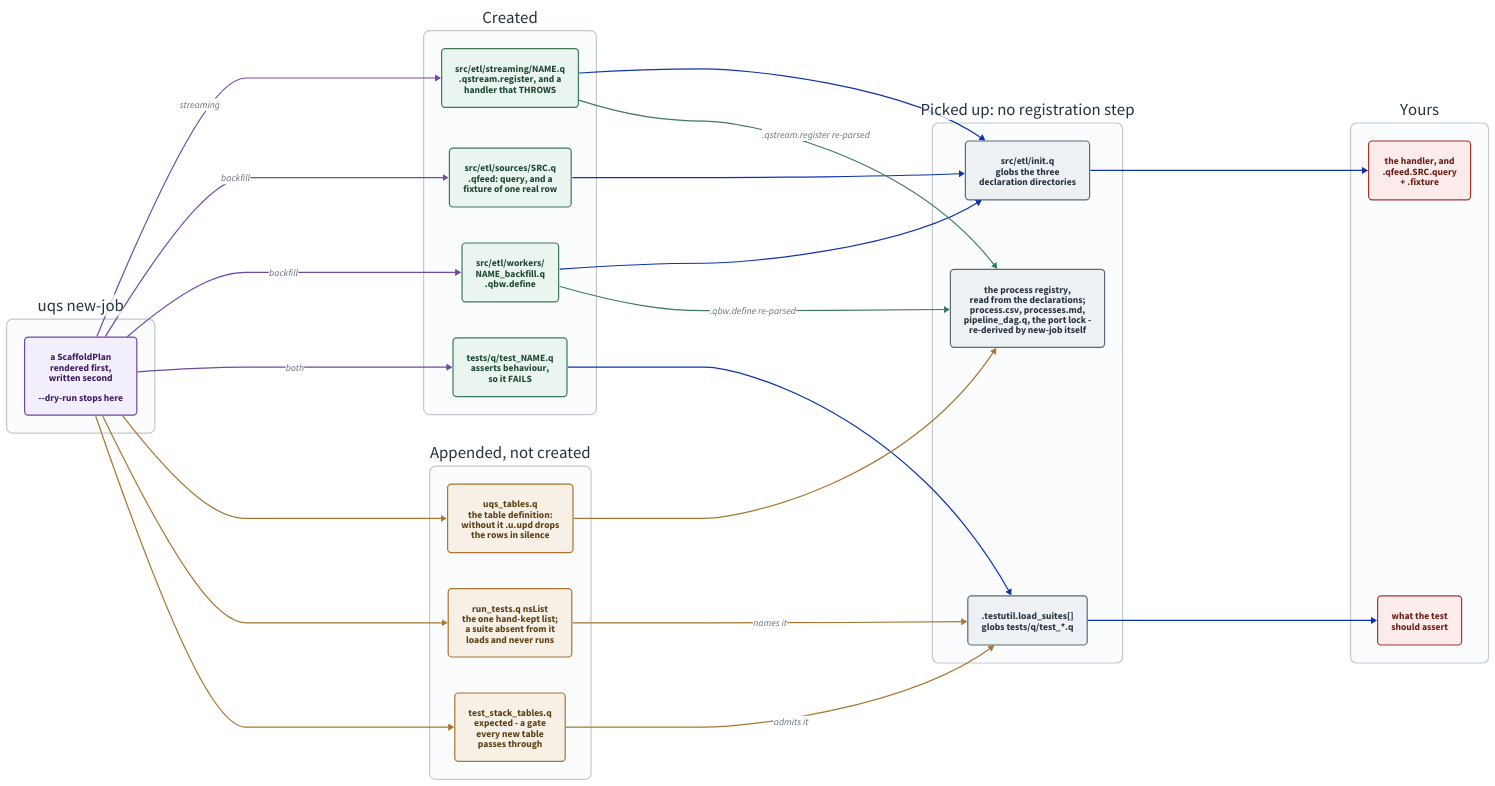
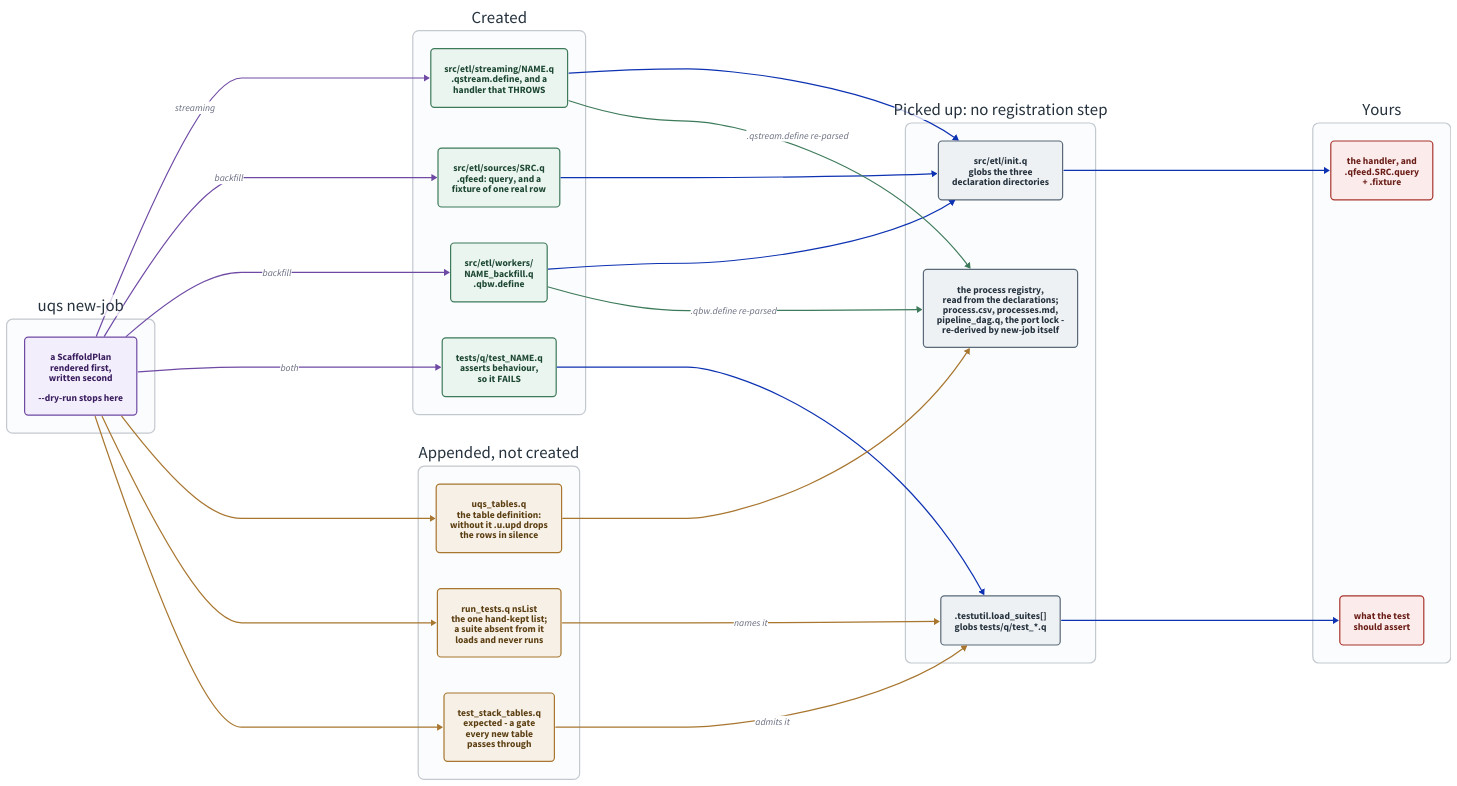
The diagram in docs/diagrams/scaffolding.d2 (kwojdalski/uqf), drawn with D2 before and after one commit. The commit also changed 74 other files, not shown here.

```diff
--- a/docs/diagrams/scaffolding.d2
+++ b/docs/diagrams/scaffolding.d2
@@ -1,143 +1,143 @@
 # scaffolding.d2 - what `uqs new-job` writes, and what picks each file
 # up afterwards.
 #
 # Rendered by scripts/generate/render_diagrams.py, which CI runs with
 # --check. Embedded from docs/guides/new-pipeline.md.
 #
 # THE THING THIS DRAWS is that there is no registration step. Three
 # directories are globbed by src/etl/init.q and one by .testutil.load_suites,
 # so a new file is loaded because it exists - and the process registry is
 # READ from the job files' own declarations, so a job needs no entry
 # anywhere else. The APPENDS are the facts that are NOT derivable from the
 # tree - the table definition, nsList, the one hand-kept list of test
 # namespaces, and the q suite's list of tables, a deliberate gate - which is
 # why they are the only places the scaffold has to edit rather than create.
 # Everything derived, new-job regenerates itself before it returns, the port
 # lock included.
 #
 # The other thing worth seeing is the red column. The scaffold writes the
 # SHAPE and never the logic: the generated handler throws and the generated
 # test fails, deliberately, because a scaffold that left something green
 # behind would make "generated" and "implemented" look the same from outside.
 # That is the state stack_smoke.py exists to catch - a process that is `up`,
 # heartbeating, and publishing nothing.
 
 
 direction: right
 
 vars: {
   d2-config: {
     pad: 40
   }
 }
 
 classes: {
   command: {
     style: {
       fill: "#f3eefb"
       stroke: "#6f4aa5"
       font-color: "#3a1e5f"
       border-radius: 6
     }
   }
   created: {
     style: {
       fill: "#eaf5ef"
       stroke: "#3d7a5a"
       font-color: "#1d4733"
       border-radius: 6
     }
   }
   appended: {
     style: {
       fill: "#f6f0e6"
       stroke: "#a8762f"
       font-color: "#5c3f13"
       border-radius: 6
     }
   }
   derived: {
     style: {
       fill: "#eef1f4"
       stroke: "#5a6a78"
       font-color: "#25323d"
       border-radius: 6
     }
   }
   todo: {
     style: {
       fill: "#fbeceb"
       stroke: "#a8342c"
       font-color: "#6b1e18"
       border-radius: 6
     }
   }
   band: {
     style: {
       fill: "#fbfcfd"
       stroke: "#c3c9cf"
       stroke-width: 2
       border-radius: 10
       font-color: "#25323d"
     }
   }
 }
 
 cmd: "uqs new-job" {
   class: band
 
   plan: "a ScaffoldPlan\nrendered first,\nwritten second\n\n--dry-run stops here" { class: command }
 }
 
 written: "Created" {
   class: band
 
-  job: "src/etl/streaming/NAME.q\n.qstream.register, and a\nhandler that THROWS" { class: created }
+  job: "src/etl/streaming/NAME.q\n.qstream.define, and a\nhandler that THROWS" { class: created }
   source: "src/etl/sources/SRC.q\n.qfeed: query, and a\nfixture of one real row" { class: created }
   worker: "src/etl/workers/\nNAME_backfill.q\n.qbw.define" { class: created }
   test: "tests/q/test_NAME.q\nasserts behaviour,\nso it FAILS" { class: created }
 }
 
 appended: "Appended, not created" {
   class: band
 
   tables: "uqs_tables.q\nthe table definition:\nwithout it .u.upd drops\nthe rows in silence" { class: appended }
   nslist: "run_tests.q nsList\nthe one hand-kept list;\na suite absent from it\nloads and never runs" { class: appended }
   tablelist: "test_stack_tables.q\nexpected - a gate\nevery new table\npasses through" { class: appended }
 }
 
 picked_up: "Picked up: no registration step" {
   class: band
 
   init: "src/etl/init.q\nglobs the three\ndeclaration directories" { class: derived }
   suites: ".testutil.load_suites[]\nglobs tests/q/test_*.q" { class: derived }
   consumers: "the process registry,\nread from the declarations;\nprocess.csv, processes.md,\npipeline_dag.q, the port lock -\nre-derived by new-job itself" { class: derived }
 }
 
 todo: "Yours" {
   class: band
 
   logic: "the handler, and\n.qfeed.SRC.query\n+ .fixture" { class: todo }
   assertion: "what the test\nshould assert" { class: todo }
 }
 
 cmd.plan -> written.job: "streaming" { style.stroke: "#6f4aa5" }
 cmd.plan -> written.source: "backfill" { style.stroke: "#6f4aa5" }
 cmd.plan -> written.worker: "backfill" { style.stroke: "#6f4aa5" }
 cmd.plan -> written.test: "both" { style.stroke: "#6f4aa5" }
 cmd.plan -> appended.tables { style.stroke: "#a8762f" }
 cmd.plan -> appended.nslist { style.stroke: "#a8762f" }
 cmd.plan -> appended.tablelist { style.stroke: "#a8762f" }
 
 written.job -> picked_up.init
 written.source -> picked_up.init
 written.worker -> picked_up.init
 written.test -> picked_up.suites
 appended.nslist -> picked_up.suites: "names it" { style.stroke: "#a8762f" }
 appended.tablelist -> picked_up.suites: "admits it" { style.stroke: "#a8762f" }
 appended.tables -> picked_up.consumers { style.stroke: "#a8762f" }
-written.job -> picked_up.consumers: ".qstream.register re-parsed" { style.stroke: "#3d7a5a" }
+written.job -> picked_up.consumers: ".qstream.define re-parsed" { style.stroke: "#3d7a5a" }
 written.worker -> picked_up.consumers: ".qbw.define re-parsed" { style.stroke: "#3d7a5a" }
 
 picked_up.init -> todo.logic
 picked_up.suites -> todo.assertion
```
